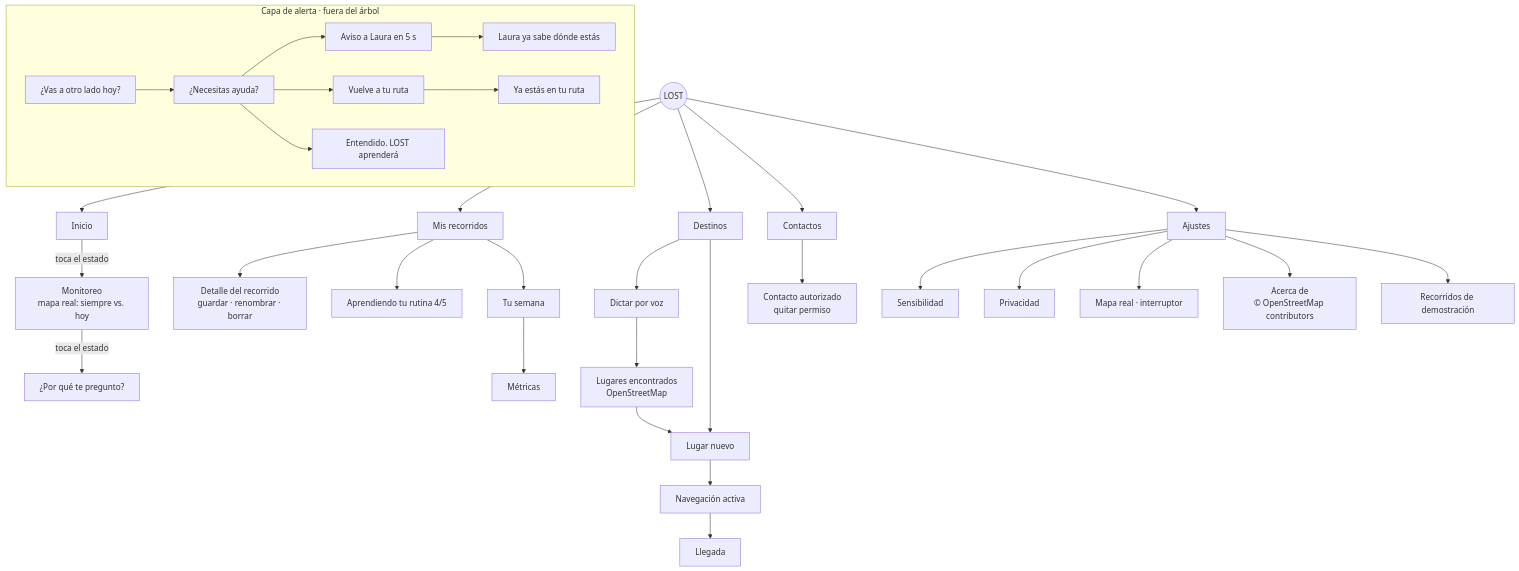
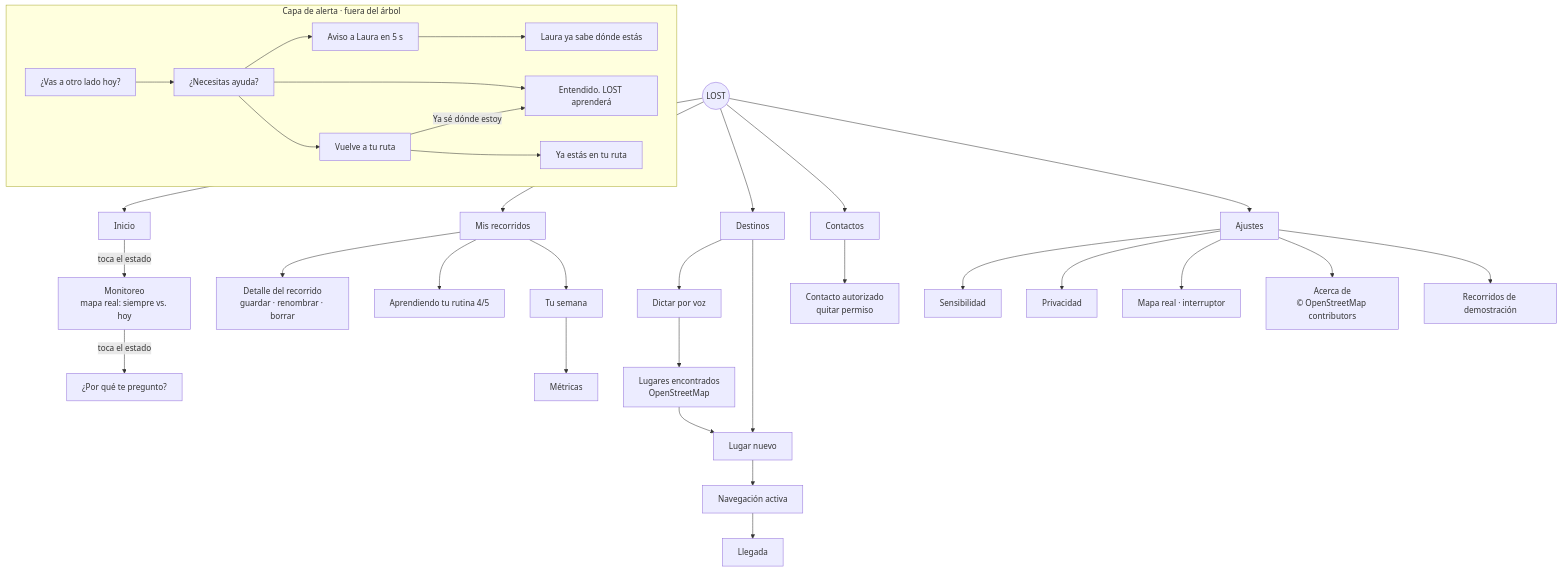
Before and after one commit to ReveloSN/LOST-smartwatch: the diagram in docs/ia/arquitectura-informacion.md, drawn with Mermaid. The commit also changed 14 other files, not shown here.

````diff
--- a/docs/ia/arquitectura-informacion.md
+++ b/docs/ia/arquitectura-informacion.md
@@ -7,33 +7,34 @@
 ```mermaid
 flowchart TD
     LOST((LOST)) --> HOME[Inicio]
     LOST --> ROUTINES[Mis recorridos]
     LOST --> DEST[Destinos]
     LOST --> CONTACTS[Contactos]
     LOST --> SETTINGS[Ajustes]
 
     HOME -- toca el estado --> MON[Monitoreo<br/>mapa real: siempre vs. hoy]
     MON -- toca el estado --> WHY[¿Por qué te pregunto?]
 
     ROUTINES --> DETAIL[Detalle del recorrido<br/>guardar · renombrar · borrar]
     ROUTINES --> LEARN[Aprendiendo tu rutina 4/5]
     ROUTINES --> WEEK[Tu semana] --> METRICS[Métricas]
 
     DEST --> VOICE[Dictar por voz] --> FOUND[Lugares encontrados<br/>OpenStreetMap] --> NEWPLACE
     DEST --> NEWPLACE[Lugar nuevo] --> GUIDE[Navegación activa] --> ARRIVAL[Llegada]
 
     CONTACTS --> CONTACT[Contacto autorizado<br/>quitar permiso]
 
     SETTINGS --> SENS[Sensibilidad]
     SETTINGS --> PRIV[Privacidad]
     SETTINGS --> REALMAP[Mapa real · interruptor]
     SETTINGS --> ABOUT[Acerca de<br/>© OpenStreetMap contributors]
     SETTINGS --> DEMO[Recorridos de demostración]
 
     subgraph ALERTA [Capa de alerta · fuera del árbol]
         SOFT[¿Vas a otro lado hoy?] --> ASK[¿Necesitas ayuda?] --> GUIDING[Vuelve a tu ruta]
         ASK --> COUNT[Aviso a Laura en 5 s] --> SHARED[Laura ya sabe dónde estás]
         ASK --> ACK[Entendido. LOST aprenderá]
         GUIDING --> BACK[Ya estás en tu ruta]
+        GUIDING -- Ya sé dónde estoy --> ACK
     end
 ```
````
